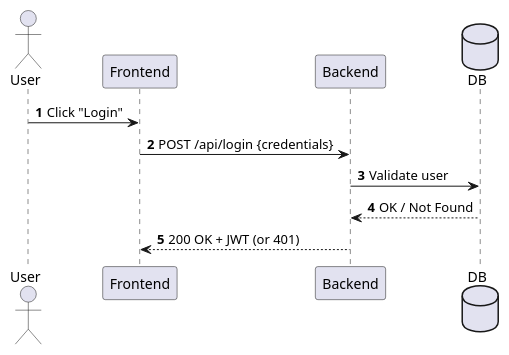
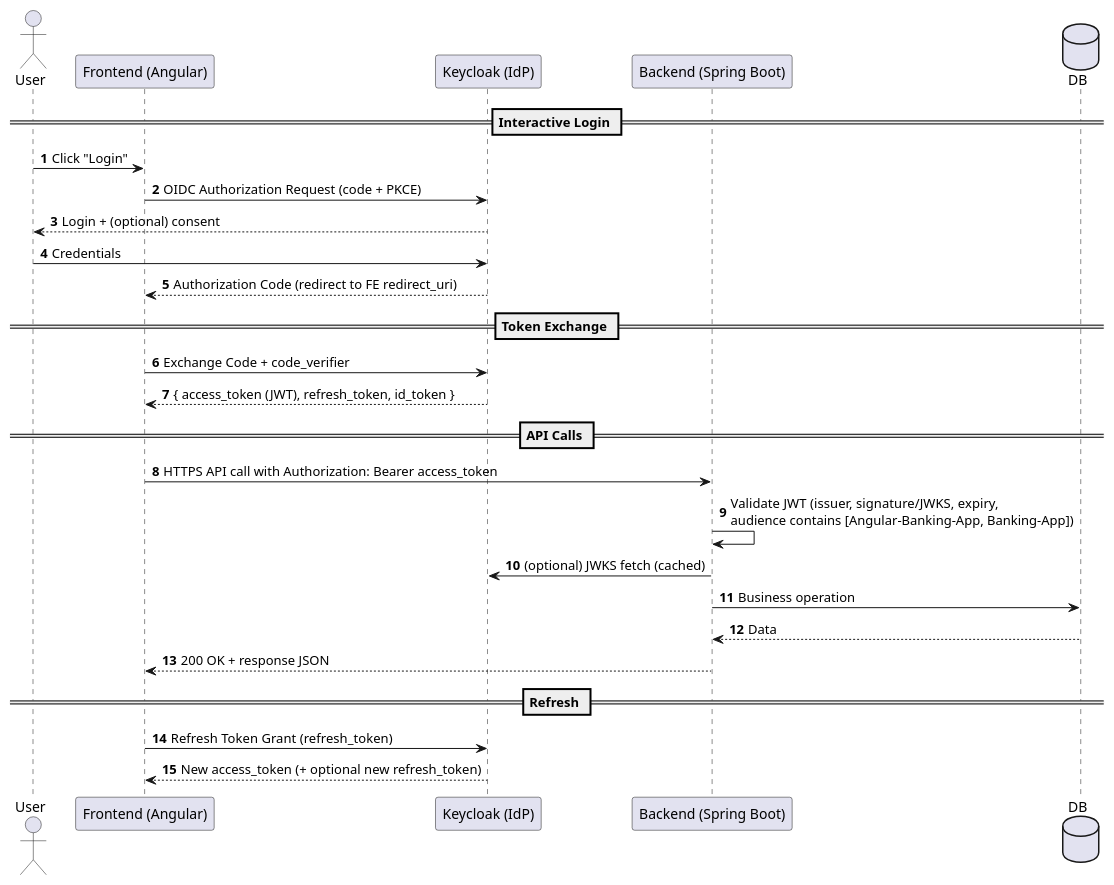
Before and after one commit to JNiicholas/banking-mvp: the third of 4 diagrams in docs/src/docs/asciidoc/index.adoc, drawn with PlantUML. The commit also changed other lines of this file and 15 other files, not shown here.

```diff
--- a/docs/src/docs/asciidoc/index.adoc
+++ b/docs/src/docs/asciidoc/index.adoc
@@ -238,16 +259,34 @@
 [plantuml, target=login-seq, format=svg]
 ....
 @startuml
 autonumber
 actor User
-participant "Frontend" as FE
-participant "Backend" as BE
+participant "Frontend (Angular)" as FE
+participant "Keycloak (IdP)" as KC
+participant "Backend (Spring Boot)" as BE
 database "DB" as DB
 
+== Interactive Login ==
 User -> FE: Click "Login"
-FE -> BE: POST /api/login {credentials}
-BE -> DB: Validate user
-DB --> BE: OK / Not Found
-BE --> FE: 200 OK + JWT (or 401)
+FE -> KC: OIDC Authorization Request (code + PKCE)
+KC --> User: Login + (optional) consent
+User -> KC: Credentials
+KC --> FE: Authorization Code (redirect to FE redirect_uri)
+
+== Token Exchange ==
+FE -> KC: Exchange Code + code_verifier
+KC --> FE: { access_token (JWT), refresh_token, id_token }
+
+== API Calls ==
+FE -> BE: HTTPS API call with Authorization: Bearer access_token
+BE -> BE: Validate JWT (issuer, signature/JWKS, expiry,\naudience contains [Angular-Banking-App, Banking-App])
+BE -> KC: (optional) JWKS fetch (cached)
+BE -> DB: Business operation
+DB --> BE: Data
+BE --> FE: 200 OK + response JSON
+
+== Refresh ==
+FE -> KC: Refresh Token Grant (refresh_token)
+KC --> FE: New access_token (+ optional new refresh_token)
 @enduml
 ....
```
